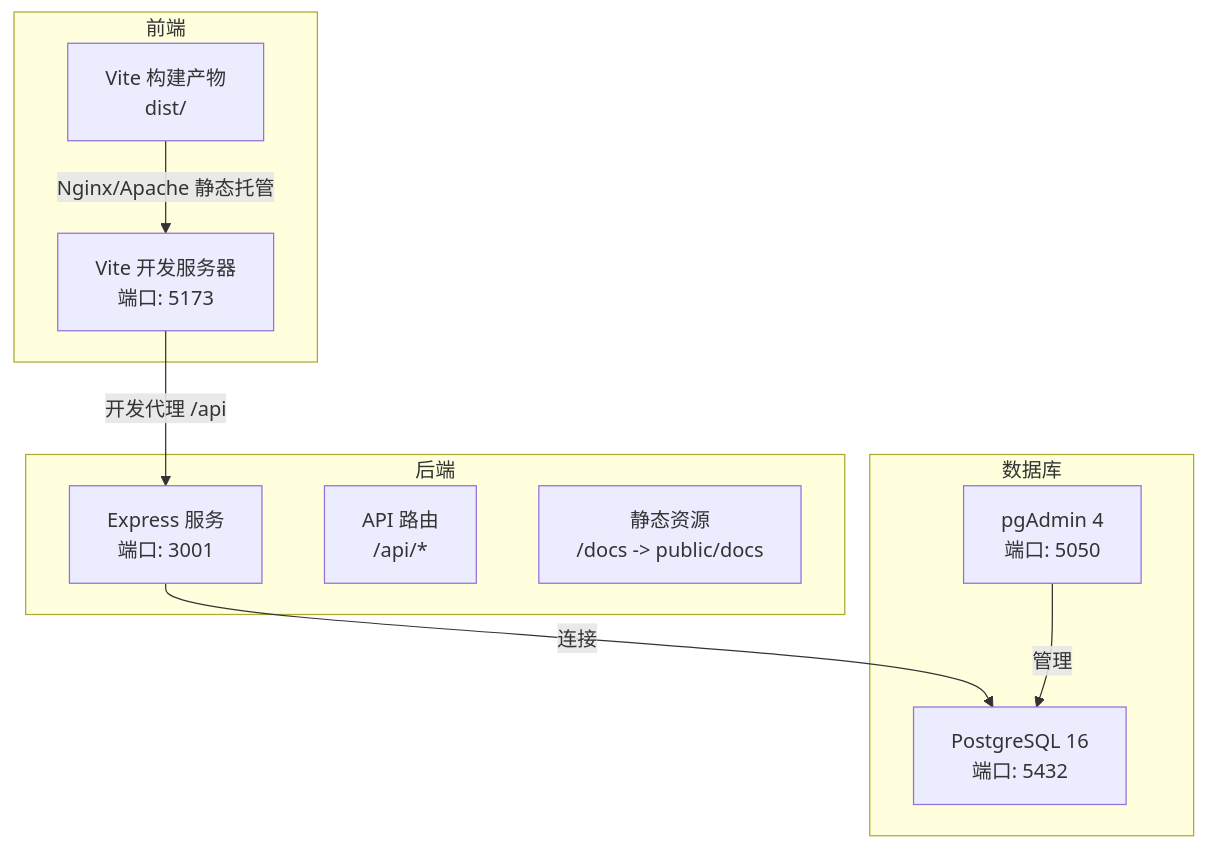
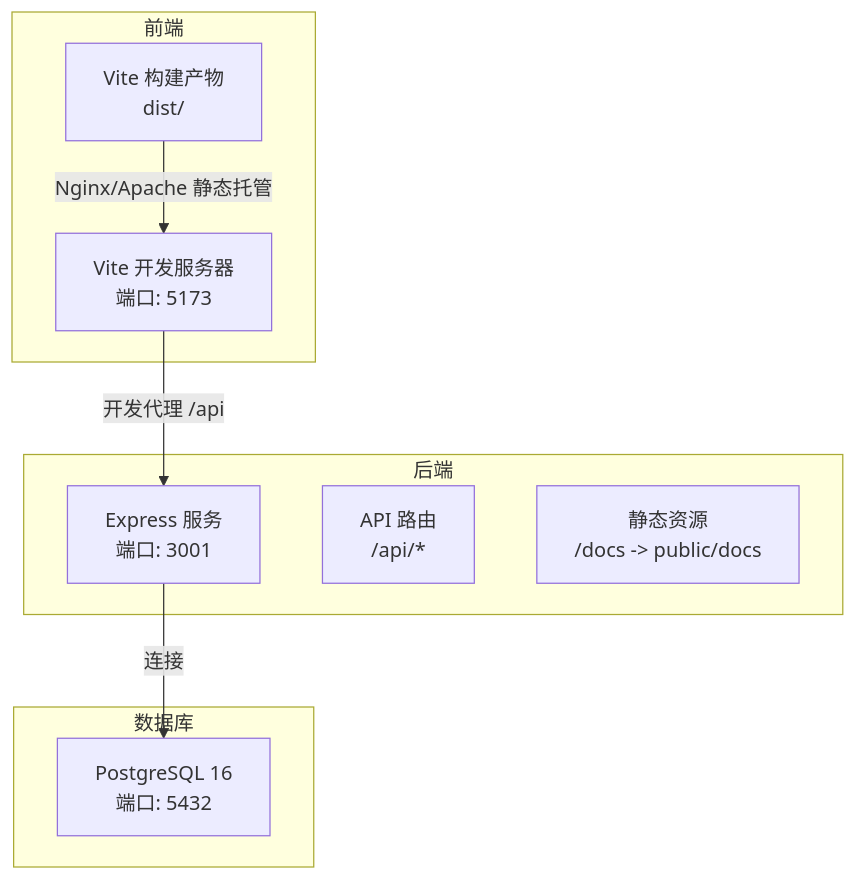
Before and after one commit to ideeinfo/TwinSight: the first of 8 diagrams in .qoder/repowiki/zh/content/部署架构.md, drawn with Mermaid. The commit also changed other lines of this file and 4 other files, not shown here.

````diff
--- a/.qoder/repowiki/zh/content/部署架构.md
+++ b/.qoder/repowiki/zh/content/部署架构.md
@@ -40,20 +39,18 @@
 ```mermaid
 graph TB
 subgraph "前端"
 FE_Vite["Vite 开发服务器<br/>端口: 5173"]
 FE_Build["Vite 构建产物<br/>dist/"]
 end
 subgraph "后端"
 BE_Server["Express 服务<br/>端口: 3001"]
 BE_Routes["API 路由<br/>/api/*"]
 BE_Static["静态资源<br/>/docs -> public/docs"]
 end
 subgraph "数据库"
 DB_Postgres["PostgreSQL 16<br/>端口: 5432"]
-DB_pgAdmin["pgAdmin 4<br/>端口: 5050"]
 end
 FE_Vite --> |"开发代理 /api"| BE_Server
 FE_Build --> |"Nginx/Apache 静态托管"| FE_Vite
 BE_Server --> |"连接"| DB_Postgres
-DB_pgAdmin --> |"管理"| DB_Postgres
 ```
````
